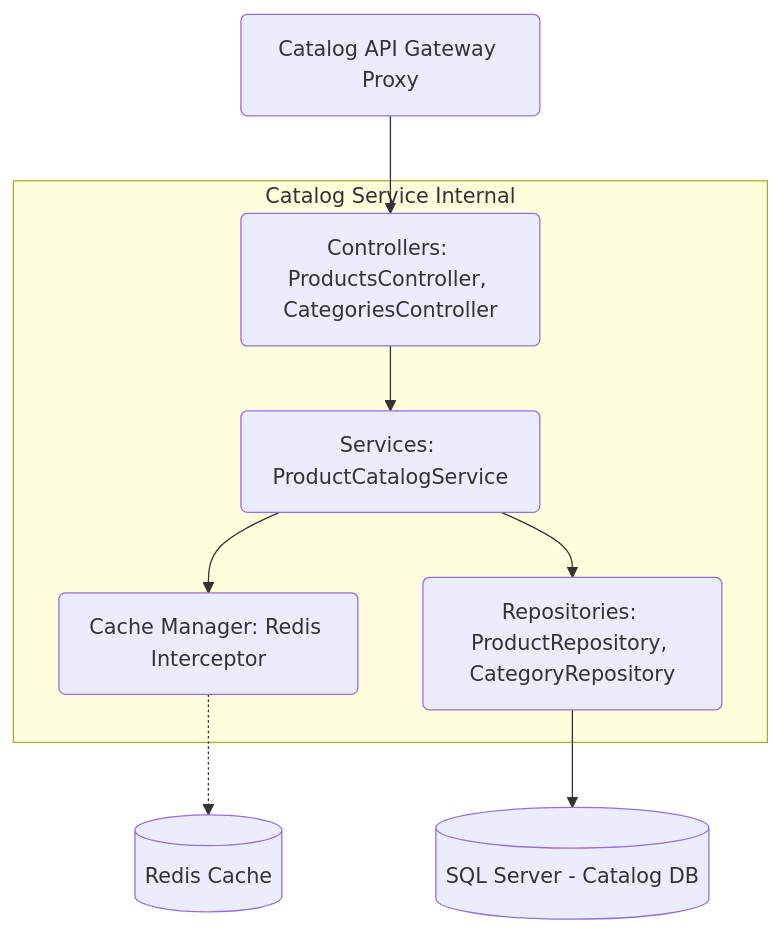
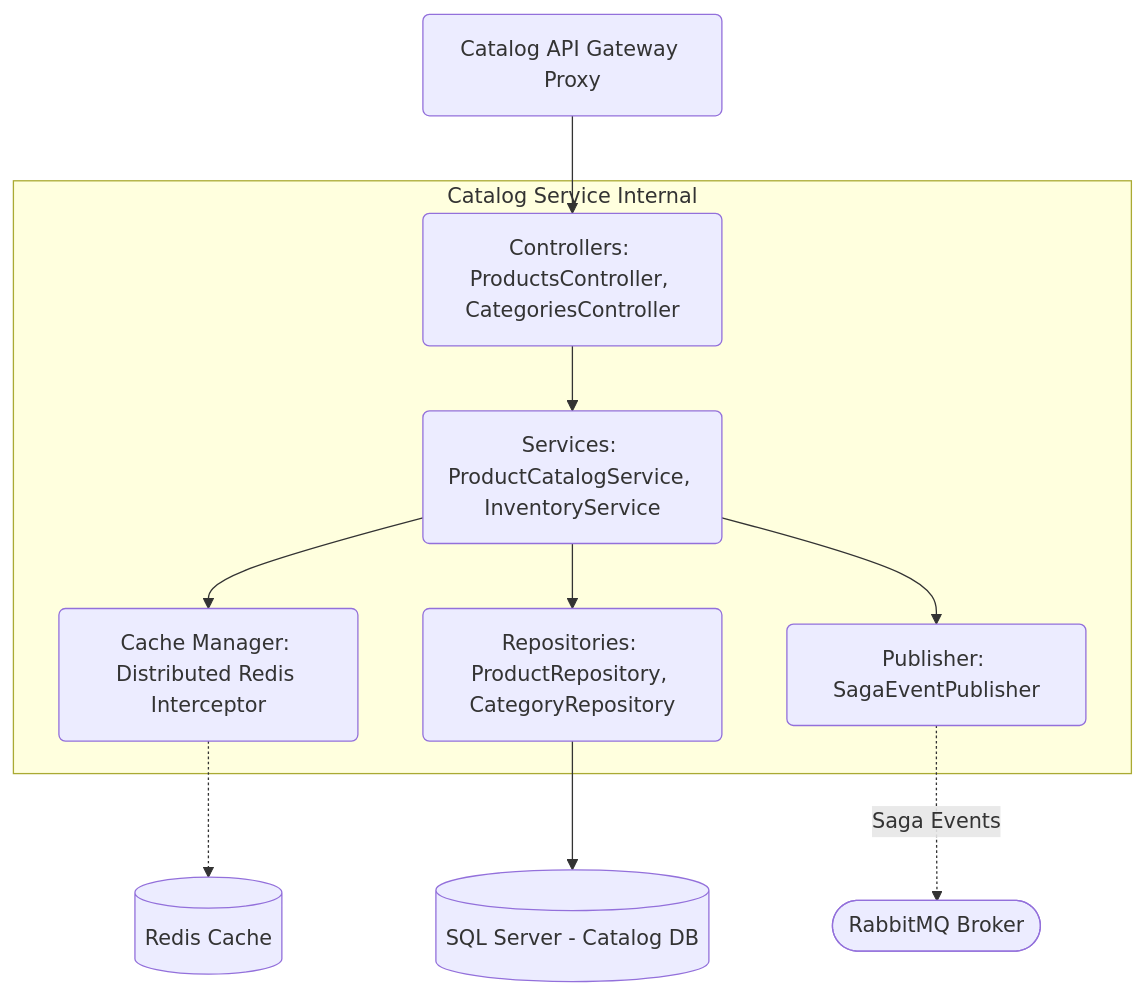
Diagram 14 of 16 in CapShop/docs/SystemArchitecture.md (Kundan12218014/FastTrack-CapShop), drawn with Mermaid before and after one commit. The commit also changed other lines of this file and 95 other files, not shown here.

````diff
--- a/CapShop/docs/SystemArchitecture.md
+++ b/CapShop/docs/SystemArchitecture.md
@@ -506,19 +524,22 @@
 ```mermaid
 flowchart TD
     API(Catalog API Gateway Proxy)
-    
+
     subgraph CatalogService[Catalog Service Internal]
         C(Controllers: ProductsController, CategoriesController)
-        S(Services: ProductCatalogService)
+        S(Services: ProductCatalogService, InventoryService)
         R(Repositories: ProductRepository, CategoryRepository)
-        Cache(Cache Manager: Redis Interceptor)
-        
+        Cache(Cache Manager: Distributed Redis Interceptor)
+        P(Publisher: SagaEventPublisher)
+
         C --> S
         S --> Cache
         S --> R
+        S --> P
     end
-    
+
     API --> C
     R --> DB[(SQL Server - Catalog DB)]
     Cache -.-> Redis[(Redis Cache)]
+    P -.->|Saga Events| MQ([RabbitMQ Broker])
 ```
````
